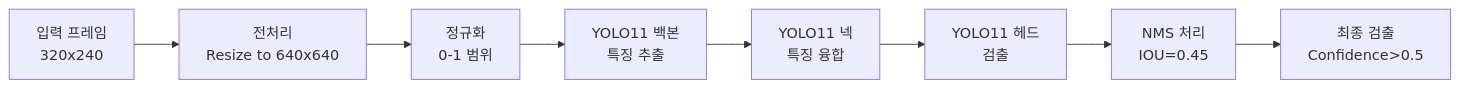
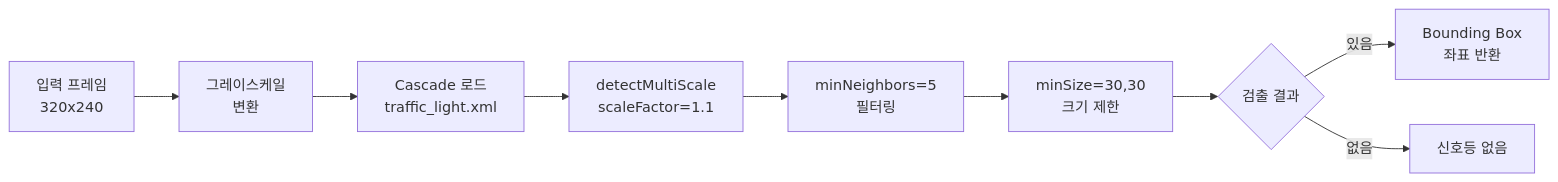
One commit to Collegenie-X/Raspbot-v2-self-driving-car changed the fourth of 44 diagrams in 06_final_self_driving/_1단계_요구사항_분석.md. Above: the diagram before and after it, drawn with Mermaid. The commit also changed other lines of this file and 5 other files, not shown here.

````diff
--- a/06_final_self_driving/_1단계_요구사항_분석.md
+++ b/06_final_self_driving/_1단계_요구사항_분석.md
@@ -210,10 +212,11 @@
 ```mermaid
 flowchart LR
-    A[입력 프레임<br/>320x240] --> B[전처리<br/>Resize to 640x640]
-    B --> C[정규화<br/>0-1 범위]
-    C --> D[YOLO11 백본<br/>특징 추출]
-    D --> E[YOLO11 넥<br/>특징 융합]
-    E --> F[YOLO11 헤드<br/>검출]
-    F --> G[NMS 처리<br/>IOU=0.45]
-    G --> H[최종 검출<br/>Confidence>0.5]
+    A[입력 프레임<br/>320x240] --> B[그레이스케일<br/>변환]
+    B --> C[Cascade 로드<br/>traffic_light.xml]
+    C --> D[detectMultiScale<br/>scaleFactor=1.1]
+    D --> E[minNeighbors=5<br/>필터링]
+    E --> F[minSize=30,30<br/>크기 제한]
+    F --> G{검출 결과}
+    G -->|있음| H[Bounding Box<br/>좌표 반환]
+    G -->|없음| I[신호등 없음]
 ```
````
